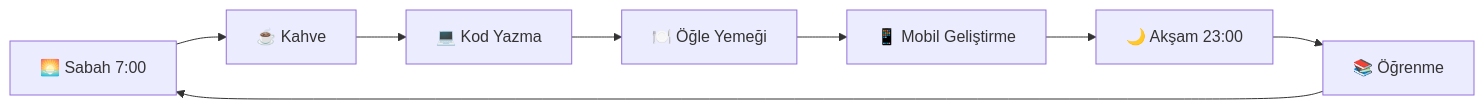
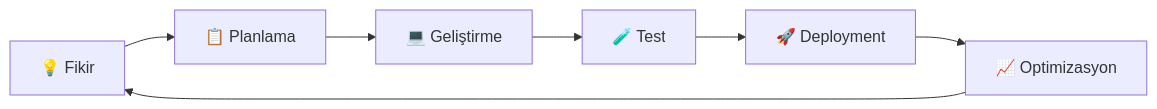
One commit to emirirr/emirirr changed the diagram in README.md. Above: the diagram before and after it, drawn with Mermaid. The commit also changed other lines of this file, not shown here.

````diff
--- a/README.md
+++ b/README.md
@@ -140,10 +138,9 @@
 ```mermaid
 graph LR
-    A[🌅 Sabah 7:00] --> B[☕ Kahve]
-    B --> C[💻 Kod Yazma]
-    C --> D[🍽️ Öğle Yemeği]
-    D --> E[📱 Mobil Geliştirme]
-    E --> F[🌙 Akşam 23:00]
-    F --> G[📚 Öğrenme]
-    G --> A
+    A[💡 Fikir] --> B[📋 Planlama]
+    B --> C[💻 Geliştirme]
+    C --> D[🧪 Test]
+    D --> E[🚀 Deployment]
+    E --> F[📈 Optimizasyon]
+    F --> A
 ```
````
